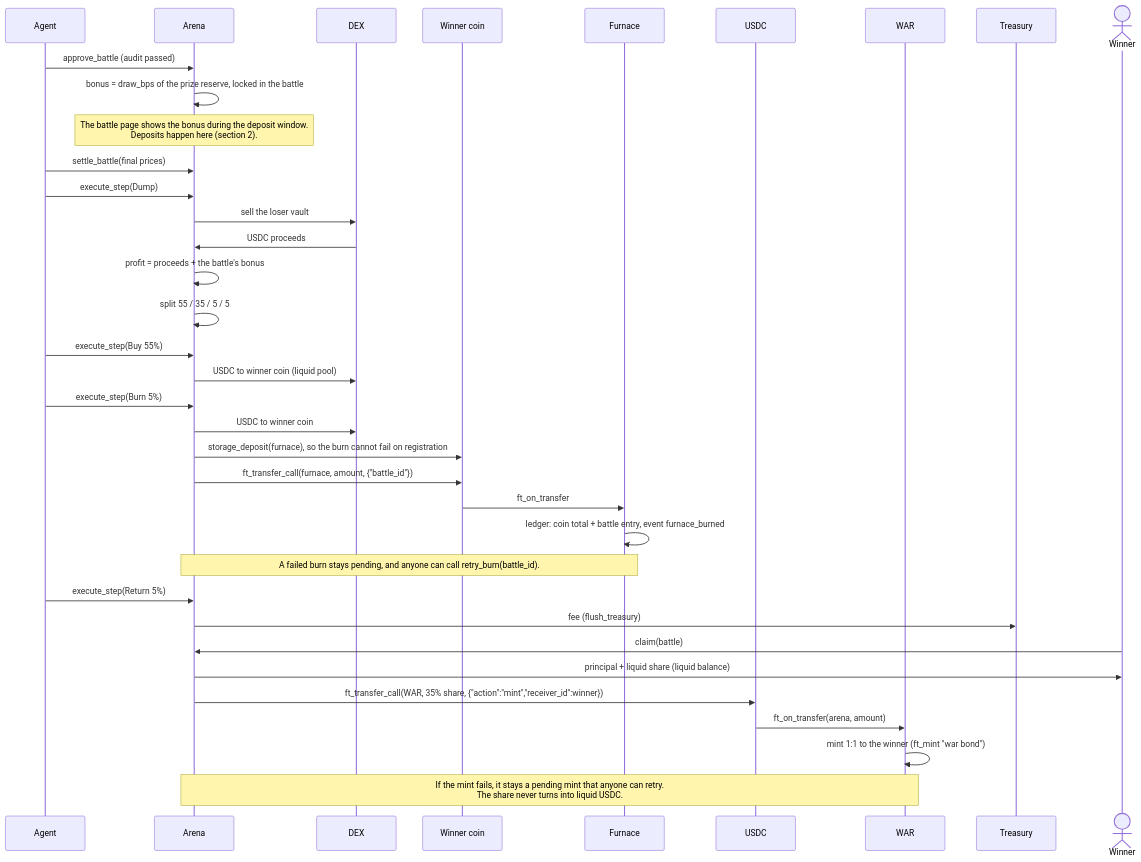
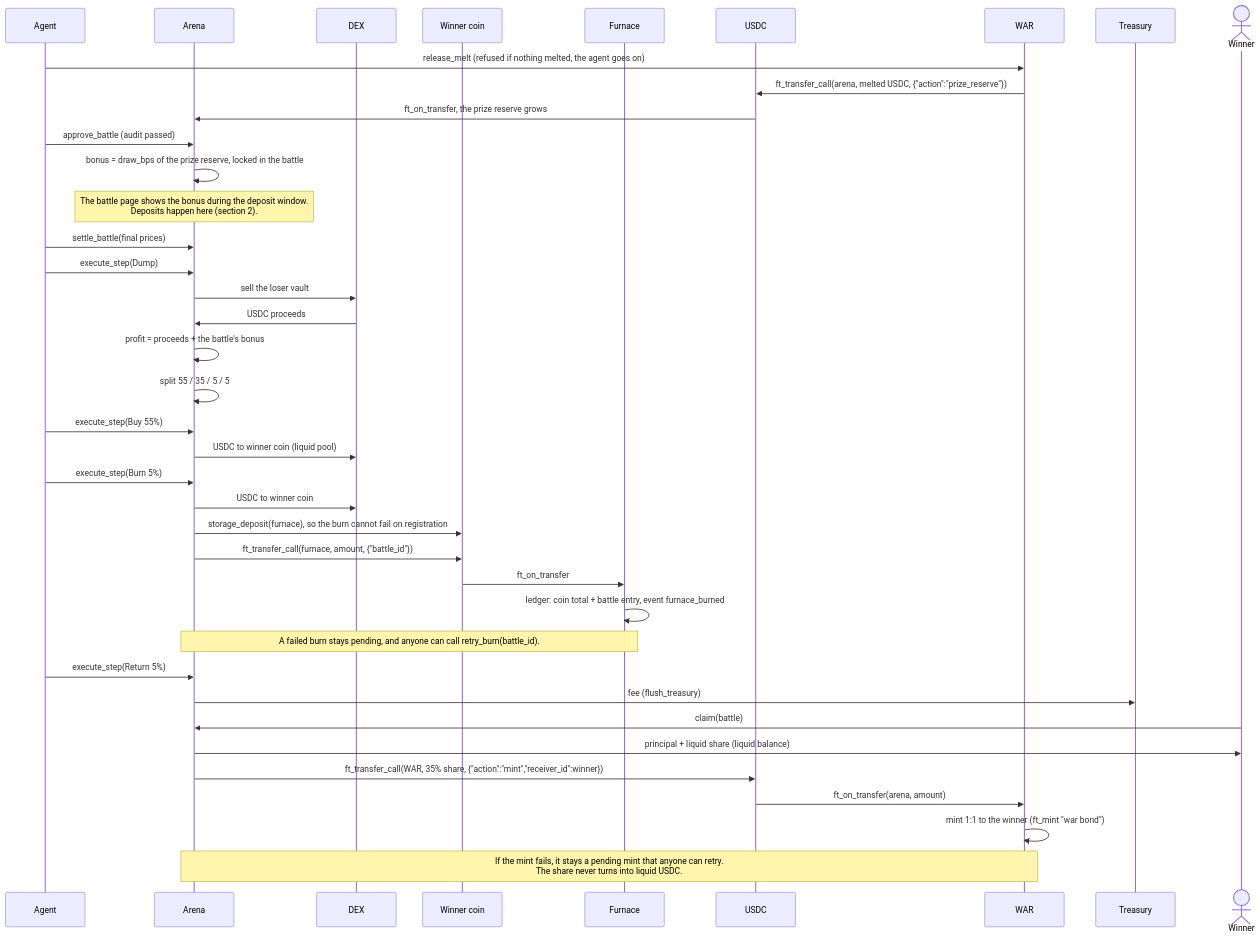
The third of 4 diagrams in docs/flow.md (mferdinandr/valtrums), drawn with Mermaid before and after one commit. The commit also changed other lines of this file, not shown here.

Commit message:
docs: show the agent releasing the melt before approval

````diff
--- a/docs/flow.md
+++ b/docs/flow.md
@@ -84,38 +84,41 @@
 ```mermaid
 sequenceDiagram
     participant G as Agent
     participant A as Arena
     participant D as DEX
     participant K as Winner coin
     participant F as Furnace
     participant U as USDC
     participant W as WAR
     participant T as Treasury
     actor P as Winner
+    G->>W: release_melt (refused if nothing melted, the agent goes on)
+    W->>U: ft_transfer_call(arena, melted USDC, {"action":"prize_reserve"})
+    U->>A: ft_on_transfer, the prize reserve grows
     G->>A: approve_battle (audit passed)
     A->>A: bonus = draw_bps of the prize reserve, locked in the battle
     Note over A: The battle page shows the bonus during the deposit window.<br/>Deposits happen here (section 2).
     G->>A: settle_battle(final prices)
     G->>A: execute_step(Dump)
     A->>D: sell the loser vault
     D->>A: USDC proceeds
     A->>A: profit = proceeds + the battle's bonus
     A->>A: split 55 / 35 / 5 / 5
     G->>A: execute_step(Buy 55%)
     A->>D: USDC to winner coin (liquid pool)
     G->>A: execute_step(Burn 5%)
     A->>D: USDC to winner coin
     A->>K: storage_deposit(furnace), so the burn cannot fail on registration
     A->>K: ft_transfer_call(furnace, amount, {"battle_id"})
     K->>F: ft_on_transfer
     F->>F: ledger: coin total + battle entry, event furnace_burned
     Note over A,F: A failed burn stays pending, and anyone can call retry_burn(battle_id).
     G->>A: execute_step(Return 5%)
     A->>T: fee (flush_treasury)
     P->>A: claim(battle)
     A->>P: principal + liquid share (liquid balance)
     A->>U: ft_transfer_call(WAR, 35% share, {"action":"mint","receiver_id":winner})
     U->>W: ft_on_transfer(arena, amount)
     W->>W: mint 1:1 to the winner (ft_mint "war bond")
     Note over A,W: If the mint fails, it stays a pending mint that anyone can retry.<br/>The share never turns into liquid USDC.
 ```
````
